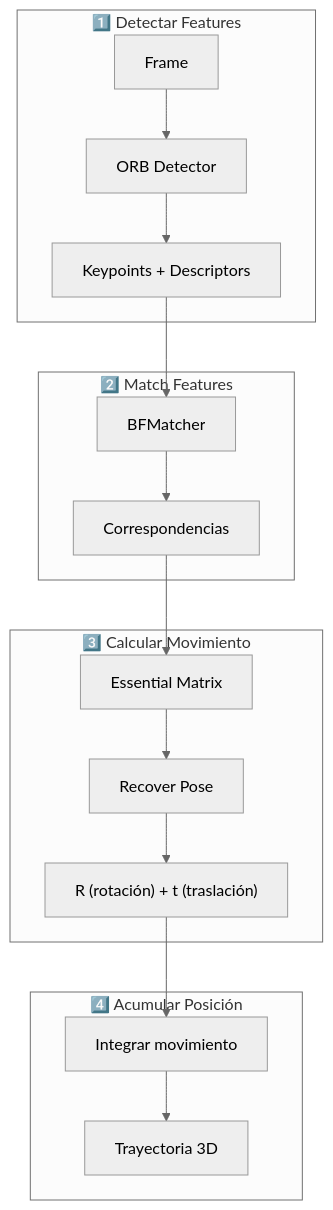
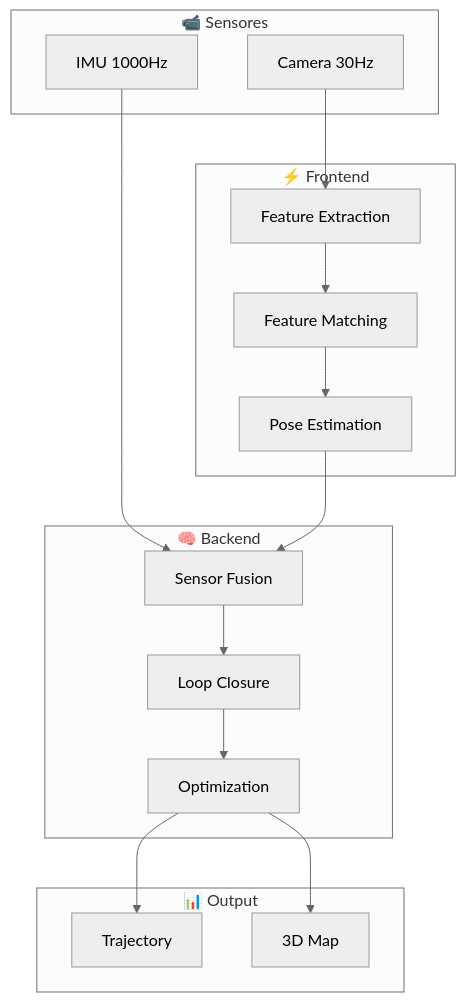
The second of 10 diagrams in README.md (robertteleng/aria-slam), drawn with Mermaid (neutral theme) before and after one commit. The commit also changed other lines of this file and 2 other files, not shown here.

````diff
--- a/README.md
+++ b/README.md
@@ -67,23 +77,32 @@
 ```mermaid
 flowchart TD
-    subgraph Paso1["1️⃣ Detectar Features"]
-        A[Frame] --> B[ORB Detector]
-        B --> C[Keypoints + Descriptors]
+    subgraph Sensores["📹 Sensores"]
+        CAM[Camera 30Hz]
+        IMU[IMU 1000Hz]
     end
     
-    subgraph Paso2["2️⃣ Match Features"]
-        C --> D[BFMatcher]
-        D --> E[Correspondencias]
+    subgraph Frontend["⚡ Frontend"]
+        FE[Feature Extraction]
+        FM[Feature Matching]
+        PE[Pose Estimation]
     end
     
-    subgraph Paso3["3️⃣ Calcular Movimiento"]
-        E --> F[Essential Matrix]
-        F --> G[Recover Pose]
-        G --> H["R (rotación) + t (traslación)"]
+    subgraph Backend["🧠 Backend"]
+        SF[Sensor Fusion]
+        LC[Loop Closure]
+        OPT[Optimization]
     end
     
-    subgraph Paso4["4️⃣ Acumular Posición"]
-        H --> I[Integrar movimiento]
-        I --> J[Trayectoria 3D]
+    subgraph Output["📊 Output"]
+        TRAJ[Trajectory]
+        MAP[3D Map]
     end
+    
+    CAM --> FE --> FM --> PE
+    IMU --> SF
+    PE --> SF
+    SF --> LC
+    LC --> OPT
+    OPT --> TRAJ
+    OPT --> MAP
 ```
````
